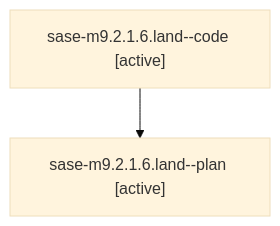
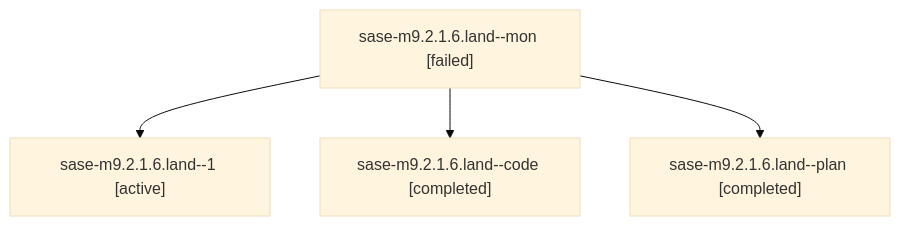
One commit to sase-org/sase--agents changed the diagram in families/bbugyi200.athena.sase-m9.2.1.6.land.md. Above: the diagram before and after it, drawn with Mermaid (base theme). The commit also changed other lines of this file and 88 other files, not shown here.

````diff
--- a/families/bbugyi200.athena.sase-m9.2.1.6.land.md
+++ b/families/bbugyi200.athena.sase-m9.2.1.6.land.md
@@ -9,6 +9,10 @@
 ```mermaid
 flowchart TD
-  n0["sase-m9.2.1.6.land--code [active]"]
-  n1["sase-m9.2.1.6.land--plan [active]"]
+  n0["sase-m9.2.1.6.land--mon [failed]"]
+  n1["sase-m9.2.1.6.land--1 [active]"]
   n0 --> n1
+  n2["sase-m9.2.1.6.land--code [completed]"]
+  n0 --> n2
+  n3["sase-m9.2.1.6.land--plan [completed]"]
+  n0 --> n3
 ```
````
